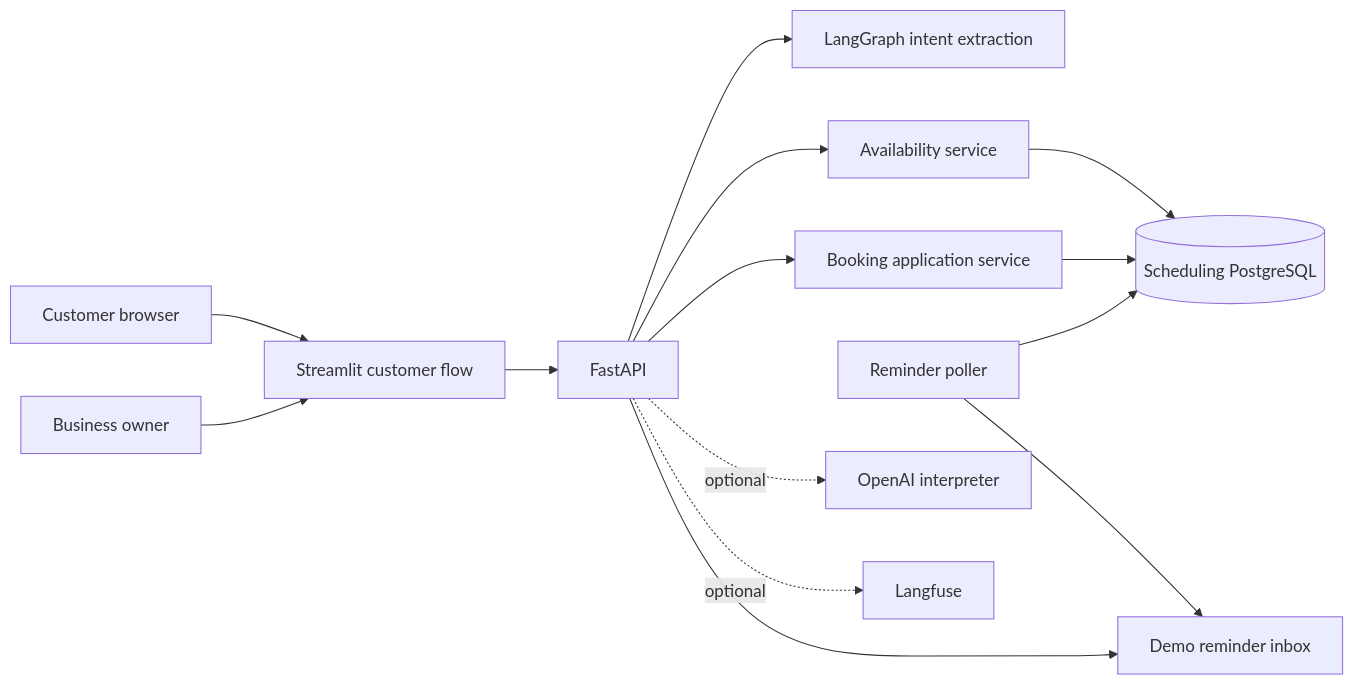
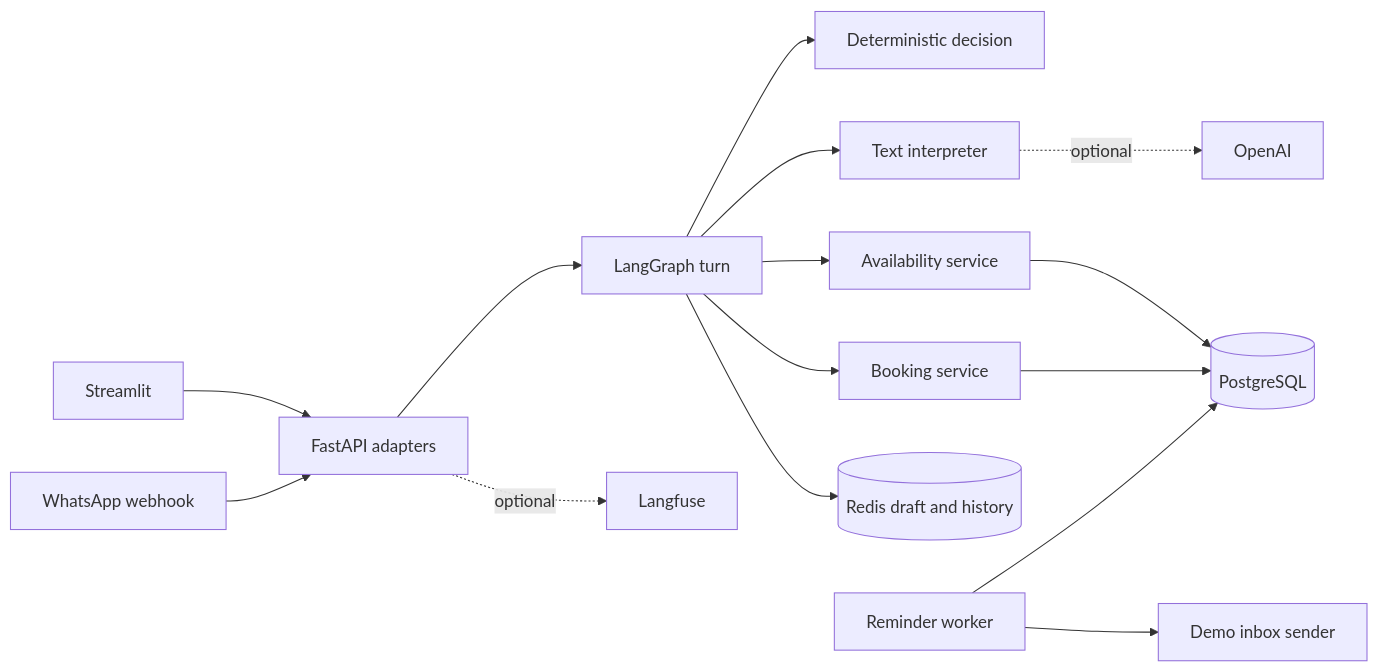
One commit to ktakanopy/capy-appointment-bot changed the diagram in docs/architecture.md. Above: the diagram before and after it, drawn with Mermaid. The commit also changed other lines of this file and 3 other files, not shown here.

First line of the commit message:
docs: describe the workflow graph that runs today

````diff
--- a/docs/architecture.md
+++ b/docs/architecture.md
@@ -5,16 +7,17 @@
 ```mermaid
 flowchart LR
-  Customer[Customer browser] --> UI[Streamlit customer flow]
-  Owner[Business owner] --> UI
-  UI --> API[FastAPI]
-  API --> Graph[LangGraph intent extraction]
-  API --> Availability[Availability service]
-  API --> Booking[Booking application service]
-  Availability --> DB[(Scheduling PostgreSQL)]
+  Browser[Streamlit] --> API[FastAPI adapters]
+  WhatsApp[WhatsApp webhook] --> API
+  API --> Graph[LangGraph turn]
+  Graph --> Decision[Deterministic decision]
+  Graph --> Interpreter[Text interpreter]
+  Graph --> Availability[Availability service]
+  Graph --> Booking[Booking service]
+  Availability --> DB[(PostgreSQL)]
   Booking --> DB
-  Worker[Reminder poller] --> DB
-  Worker --> Inbox[Demo reminder inbox]
-  API --> Inbox
-  API -. optional .-> LLM[OpenAI interpreter]
+  Graph --> Redis[(Redis draft and history)]
+  Worker[Reminder worker] --> DB
+  Worker --> Inbox[Demo inbox sender]
+  Interpreter -. optional .-> LLM[OpenAI]
   API -. optional .-> Trace[Langfuse]
 ```
````
